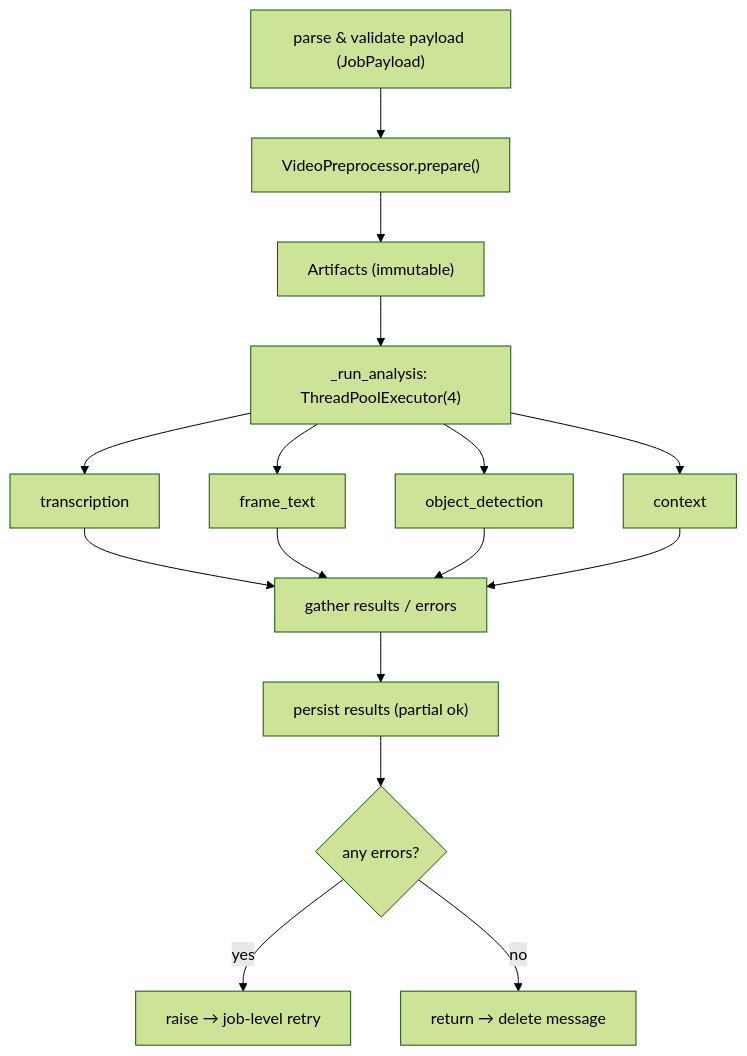
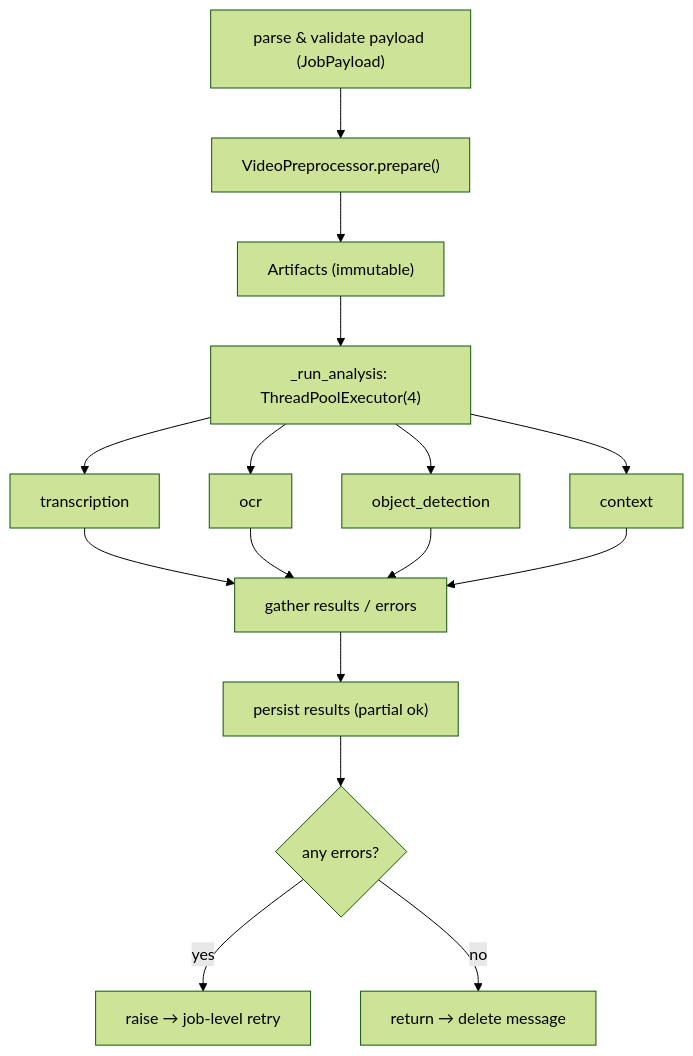
The fifth of 6 diagrams in worker/docs/ARCHITECTURE.md (AdReadyAI/adready-ai), drawn with Mermaid (forest theme) before and after one commit. The commit also changed 6 other files, not shown here.

````diff
--- a/worker/docs/ARCHITECTURE.md
+++ b/worker/docs/ARCHITECTURE.md
@@ -145,18 +145,18 @@
 ```mermaid
 flowchart TD
     PA["parse & validate payload (JobPayload)"] --> PR["VideoPreprocessor.prepare()"]
     PR --> ART["Artifacts (immutable)"]
     ART --> FO["_run_analysis: ThreadPoolExecutor(4)"]
     FO --> T1["transcription"]
-    FO --> T2["frame_text"]
+    FO --> T2["ocr"]
     FO --> T3["object_detection"]
     FO --> T4["context"]
     T1 --> G["gather results / errors"]
     T2 --> G
     T3 --> G
     T4 --> G
     G --> PER["persist results (partial ok)"]
     PER --> E{"any errors?"}
     E -->|yes| RAISE["raise → job-level retry"]
     E -->|no| OK["return → delete message"]
 ```
````
